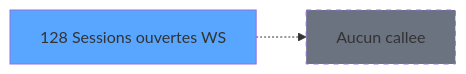
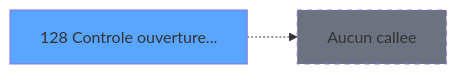
One commit to thonyAGP/lecteur-magic changed the third of 3 diagrams in .openspec/specs/ADH-IDE-128.md. Above: the diagram before and after it, drawn with Mermaid. The commit also changed other lines of this file and 493 other files, not shown here.

````diff
--- a/.openspec/specs/ADH-IDE-128.md
+++ b/.openspec/specs/ADH-IDE-128.md
@@ -163,8 +265,8 @@
 ```mermaid
 graph LR
-    T128[128 Sessions ouvertes WS]
+    T128[128 Controle ouverture...]
     style T128 fill:#58a6ff
     NONE[Aucun callee]
     T128 -.-> NONE
     style NONE fill:#6b7280,stroke-dasharray: 5 5
 ```
````
